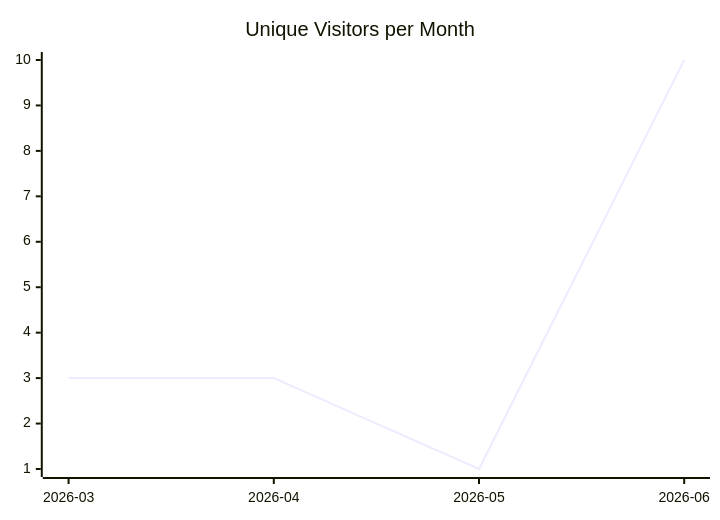
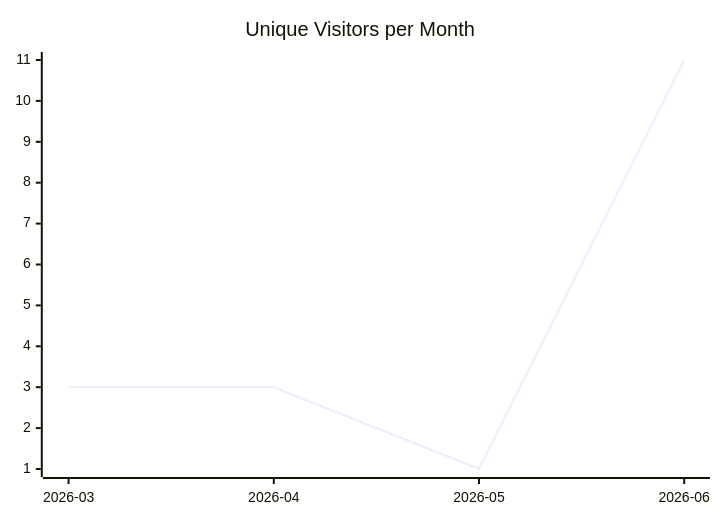
Before and after one commit to justdavis-family/github-analytics-data: the first of 3 diagrams in karlmdavis/rps-tourney/README.md, drawn with Mermaid. The commit also changed other lines of this file and 196 other files, not shown here.

````diff
--- a/karlmdavis/rps-tourney/README.md
+++ b/karlmdavis/rps-tourney/README.md
@@ -5,6 +5,6 @@
 ```mermaid
 xychart-beta
   title "Unique Visitors per Month"
   x-axis ["2026-03", "2026-04", "2026-05", "2026-06"]
-  line [3, 3, 1, 10]
+  line [3, 3, 1, 11]
 ```
````
